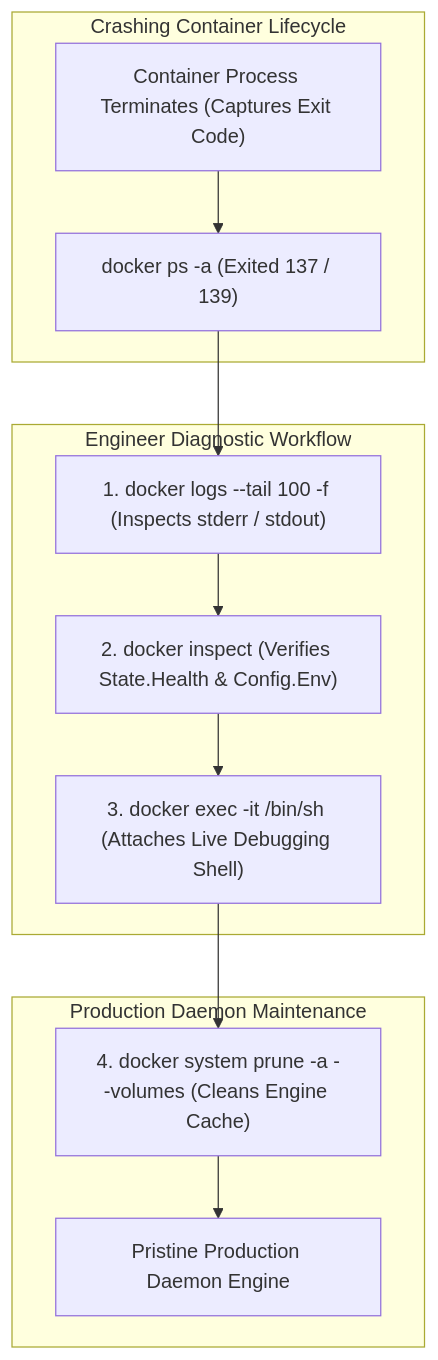
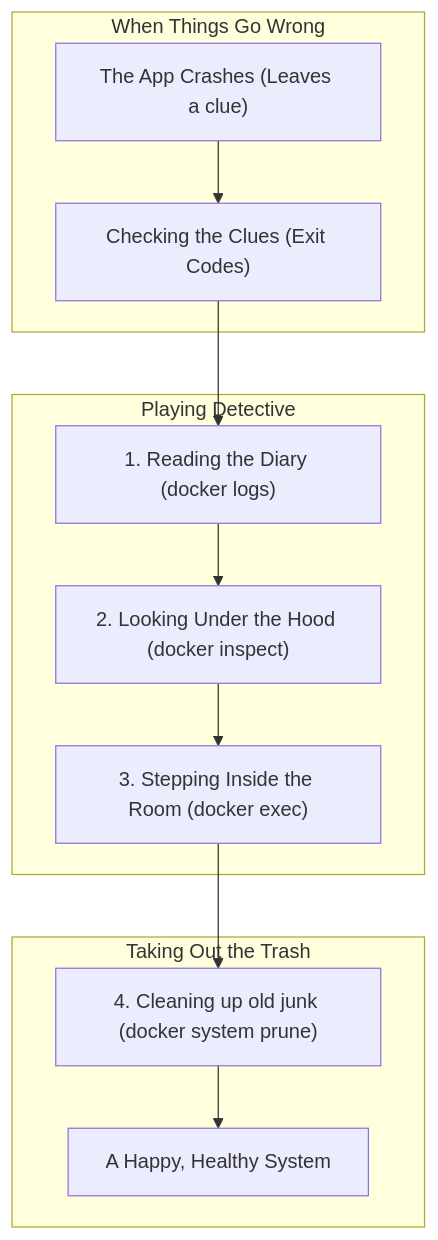
Before and after one commit to aloysiuspattath/platform-engineering-ai-course: the diagram in website/pages/modules/module-06/lesson-05.md, drawn with Mermaid. The commit also changed other lines of this file and 56 other files, not shown here.

Commit message:
refactor: simplify all architecture diagrams and explanations to layman's terms via AI subagent swarm

````diff
--- a/website/pages/modules/module-06/lesson-05.md
+++ b/website/pages/modules/module-06/lesson-05.md
@@ -102,17 +102,17 @@
 ```mermaid
 flowchart TD
-    subgraph CrashingContainer [Crashing Container Lifecycle]
-        CRASH["Container Process Terminates (Captures Exit Code)"] --> CODE["docker ps -a (Exited 137 / 139)"]
+    subgraph CrashingContainer [When Things Go Wrong]
+        CRASH["The App Crashes (Leaves a clue)"] --> CODE["Checking the Clues (Exit Codes)"]
     end
 
-    subgraph DiagnosticWorkflow [Engineer Diagnostic Workflow]
-        CODE --> LOGS["1. docker logs --tail 100 -f (Inspects stderr / stdout)"]
-        LOGS --> INSPECT["2. docker inspect (Verifies State.Health & Config.Env)"]
-        INSPECT --> EXEC["3. docker exec -it /bin/sh (Attaches Live Debugging Shell)"]
+    subgraph DiagnosticWorkflow [Playing Detective]
+        CODE --> LOGS["1. Reading the Diary (docker logs)"]
+        LOGS --> INSPECT["2. Looking Under the Hood (docker inspect)"]
+        INSPECT --> EXEC["3. Stepping Inside the Room (docker exec)"]
     end
 
-    subgraph EngineOptimization [Production Daemon Maintenance]
-        EXEC --> PRUNE["4. docker system prune -a --volumes (Cleans Engine Cache)"]
-        PRUNE --> STABLE["Pristine Production Daemon Engine"]
+    subgraph EngineOptimization [Taking Out the Trash]
+        EXEC --> PRUNE["4. Cleaning up old junk (docker system prune)"]
+        PRUNE --> STABLE["A Happy, Healthy System"]
     end
 ```
````
